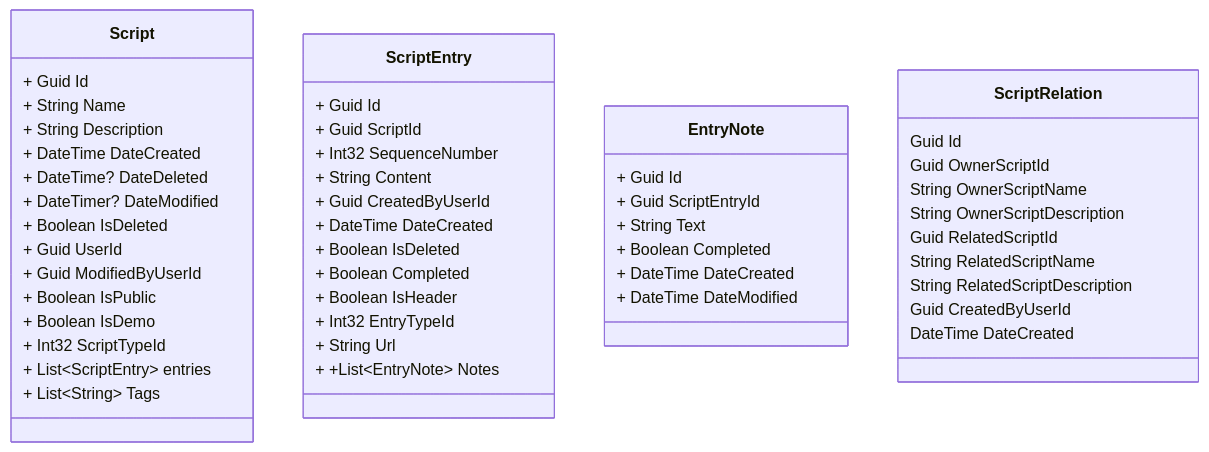
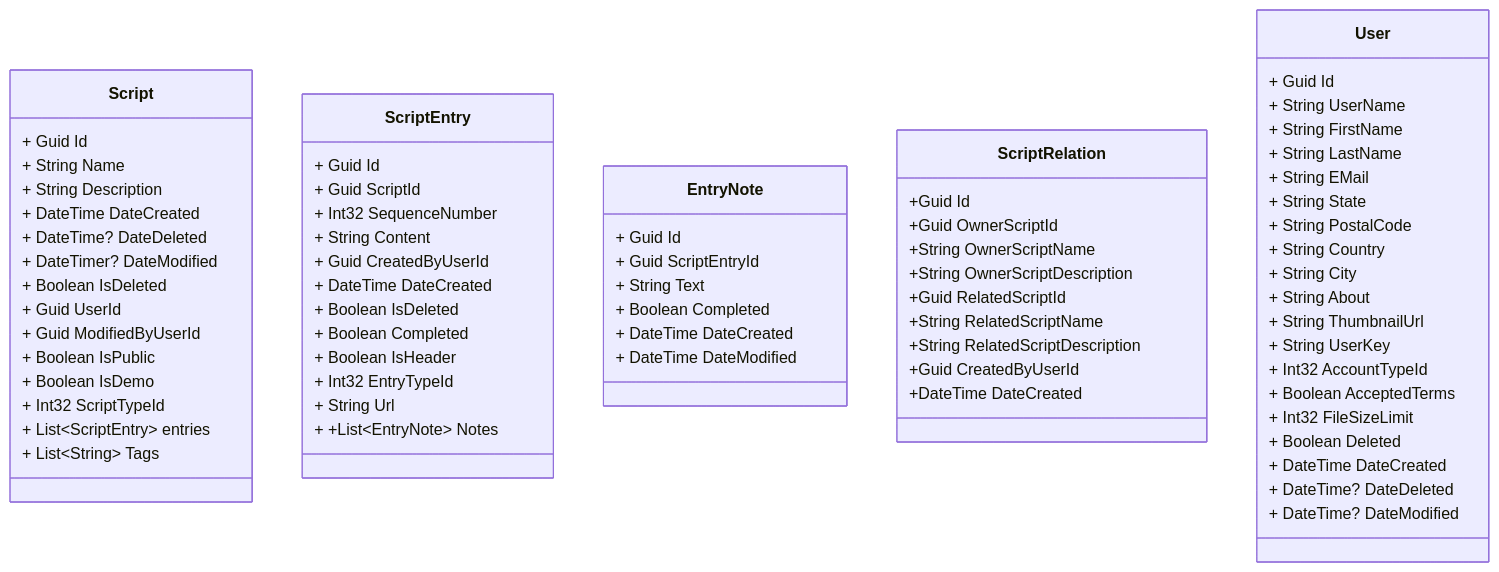
One commit to mcjackson/scrippit_node changed the diagram in class-diagram.mermaid. Above: the diagram before and after it, drawn with Mermaid.

Commit message:
add User to class diagram

```diff
--- a/class-diagram.mermaid
+++ b/class-diagram.mermaid
@@ -1,54 +1,76 @@
 classDiagram
 
 class Script {
 + Guid Id
 + String Name
 + String Description
 + DateTime DateCreated
 + DateTime? DateDeleted
 + DateTimer? DateModified
 + Boolean IsDeleted
 + Guid UserId
 + Guid ModifiedByUserId
 + Boolean IsPublic
 + Boolean IsDemo
 + Int32 ScriptTypeId
 + List~ScriptEntry~ entries
 + List~String~ Tags
 }
 
 class ScriptEntry {
 + Guid Id
 + Guid ScriptId
 + Int32 SequenceNumber
 + String Content
 + Guid CreatedByUserId
 + DateTime DateCreated
 + Boolean IsDeleted
 + Boolean Completed
 + Boolean IsHeader
 + Int32 EntryTypeId
 + String Url
 + +List~EntryNote~ Notes
 }
 
 class EntryNote {
 + Guid Id
 + Guid ScriptEntryId
 + String Text
 + Boolean Completed
 + DateTime DateCreated
 + DateTime DateModified
 }
 
 class ScriptRelation {
-    Guid Id
-    Guid OwnerScriptId
-    String OwnerScriptName
-    String OwnerScriptDescription
-    Guid RelatedScriptId
-    String RelatedScriptName
-    String RelatedScriptDescription
-    Guid CreatedByUserId
-    DateTime DateCreated
+    +Guid Id
+    +Guid OwnerScriptId
+    +String OwnerScriptName
+    +String OwnerScriptDescription
+    +Guid RelatedScriptId
+    +String RelatedScriptName
+    +String RelatedScriptDescription
+    +Guid CreatedByUserId
+    +DateTime DateCreated
 }
+
+class User {
+    + Guid Id
+    + String UserName
+    + String FirstName
+    + String LastName
+    + String EMail
+    + String State
+    + String PostalCode
+    + String Country
+    + String City
+    + String About
+    + String ThumbnailUrl
+    + String UserKey
+    + Int32 AccountTypeId
+    + Boolean AcceptedTerms
+    + Int32 FileSizeLimit
+    + Boolean Deleted
+    + DateTime DateCreated
+    + DateTime? DateDeleted
+    + DateTime? DateModified
+}
```
